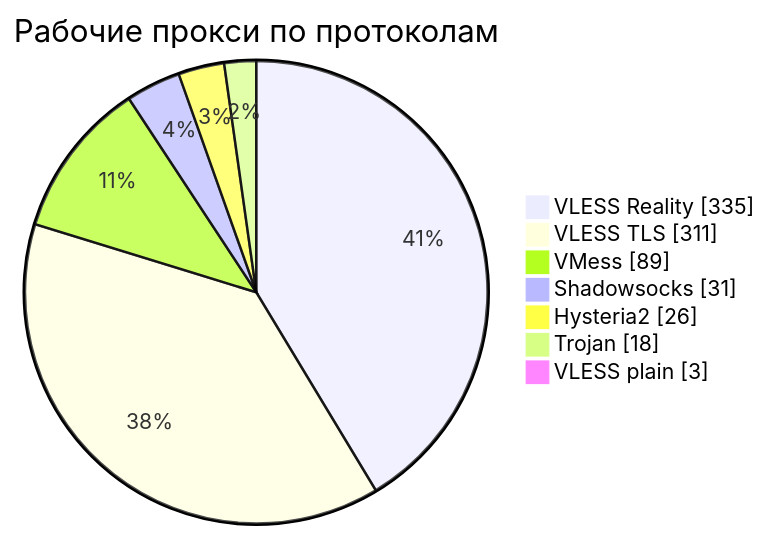
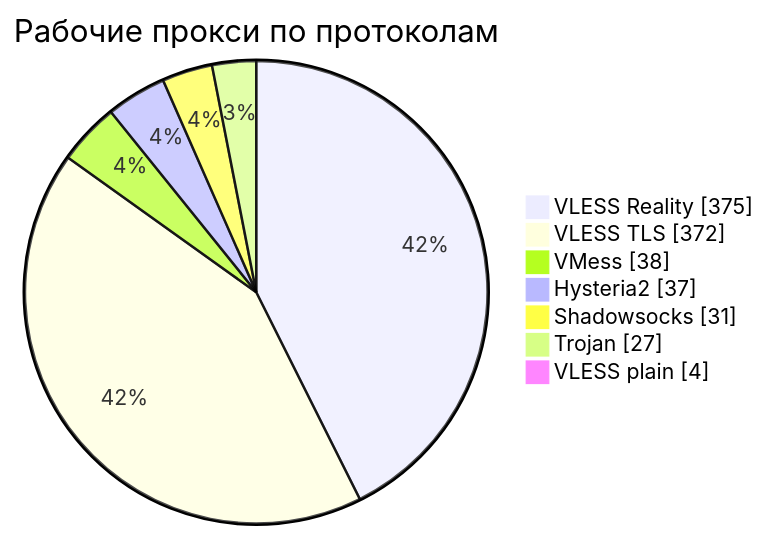
Before and after one commit to rvvg/proxy-subs: the third of 4 diagrams in README.md, drawn with Mermaid. The commit also changed other lines of this file and 48 other files, not shown here.

````diff
--- a/README.md
+++ b/README.md
@@ -134,11 +135,11 @@
 ```mermaid
 pie showData
     title Рабочие прокси по протоколам
-    "VLESS Reality" : 335
-    "VLESS TLS" : 311
-    "VMess" : 89
+    "VLESS Reality" : 375
+    "VLESS TLS" : 372
+    "VMess" : 38
+    "Hysteria2" : 37
     "Shadowsocks" : 31
-    "Hysteria2" : 26
-    "Trojan" : 18
-    "VLESS plain" : 3
+    "Trojan" : 27
+    "VLESS plain" : 4
 ```
````
